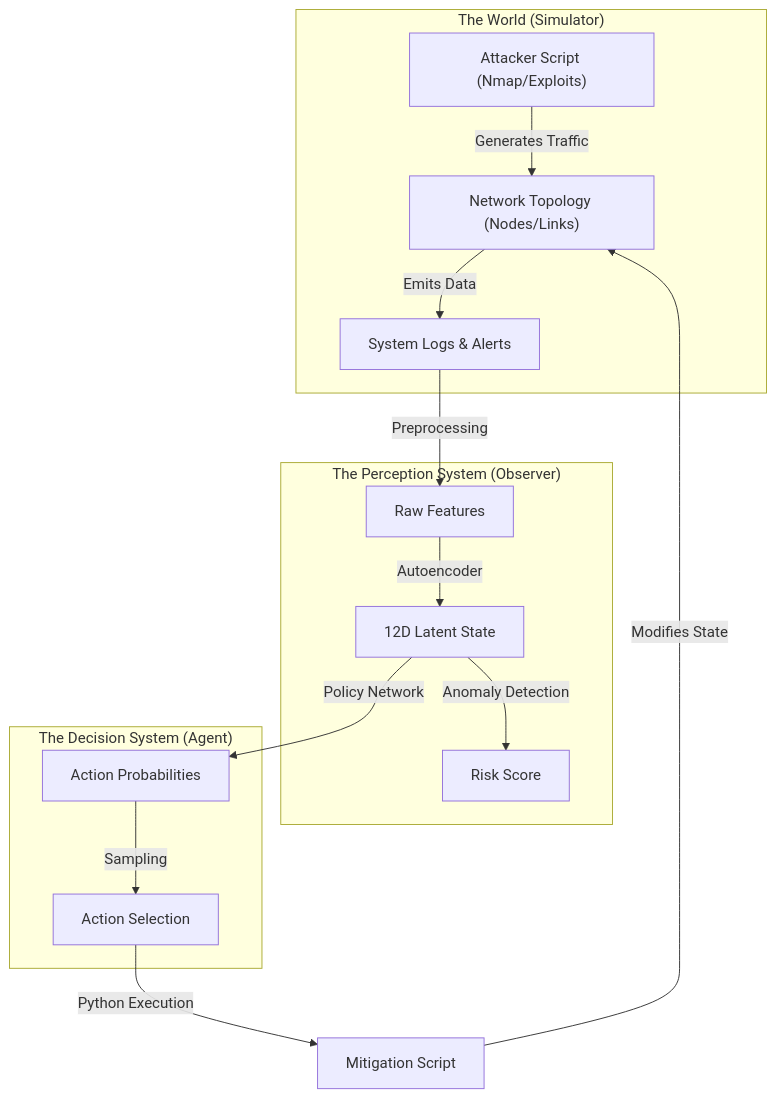
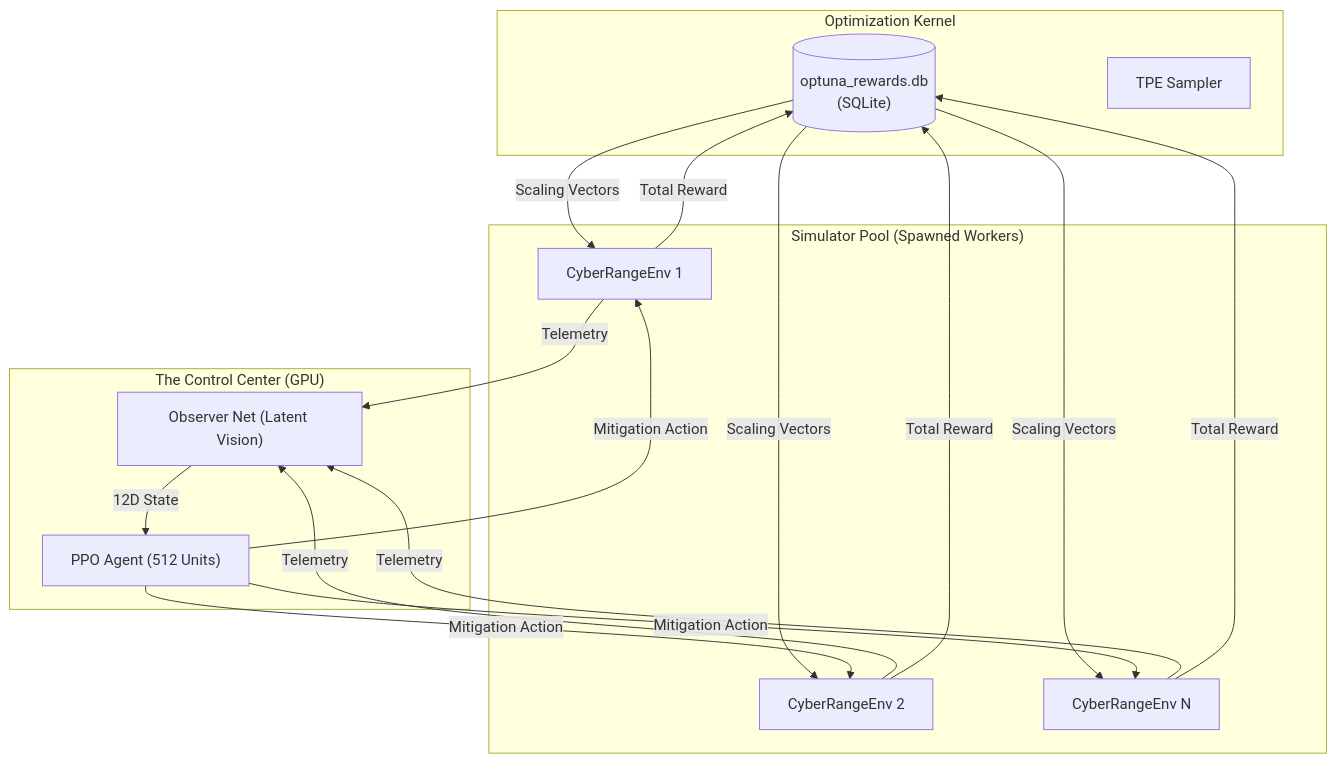
One commit to didi-09/AI_DRIVEN_SOAR changed the first of 8 diagrams in README.md. Above: the diagram before and after it, drawn with Mermaid. The commit also changed other lines of this file, not shown here.

First line of the commit message:
Revise README for V5 architecture and optimizations

````diff
--- a/README.md
+++ b/README.md
@@ -14,25 +14,24 @@
 ```mermaid
 graph TD
-    subgraph "The World (Simulator)"
-        Attacker["Attacker Script (Nmap/Exploits)"]
-        Network["Network Topology (Nodes/Links)"]
-        Logs["System Logs & Alerts"]
-        
-        Attacker -->|Generates Traffic| Network
-        Network -->|Emits Data| Logs
+    subgraph "Optimization Kernel"
+        DB[("optuna_rewards.db\n(SQLite)")]
+        TPE["TPE Sampler"]
     end
 
-    subgraph "The Perception System (Observer)"
-        Logs -->|Preprocessing| Features["Raw Features"]
-        Features -->|Autoencoder| Latent["12D Latent State"]
-        Latent -->|Anomaly Detection| Risk["Risk Score"]
+    subgraph "Simulator Pool (Spawned Workers)"
+        Env1["CyberRangeEnv 1"]
+        Env2["CyberRangeEnv 2"]
+        EnvN["CyberRangeEnv N"]
     end
 
-    subgraph "The Decision System (Agent)"
-        Latent -->|Policy Network| Actor["Action Probabilities"]
-        Actor -->|Sampling| ActionID["Action Selection"]
+    subgraph "The Control Center (GPU)"
+        Obs["Observer Net (Latent Vision)"]
+        Agent["PPO Agent (512 Units)"]
     end
 
-    ActionID -->|Python Execution| Mitigation["Mitigation Script"]
-    Mitigation -->|Modifies State| Network
+    DB -->|Scaling Vectors| Env1 & Env2 & EnvN
+    Env1 & Env2 & EnvN -->|Telemetry| Obs
+    Obs -->|12D State| Agent
+    Agent -->|Mitigation Action| Env1 & Env2 & EnvN
+    Env1 & Env2 & EnvN -->|Total Reward| DB
 ```
````
